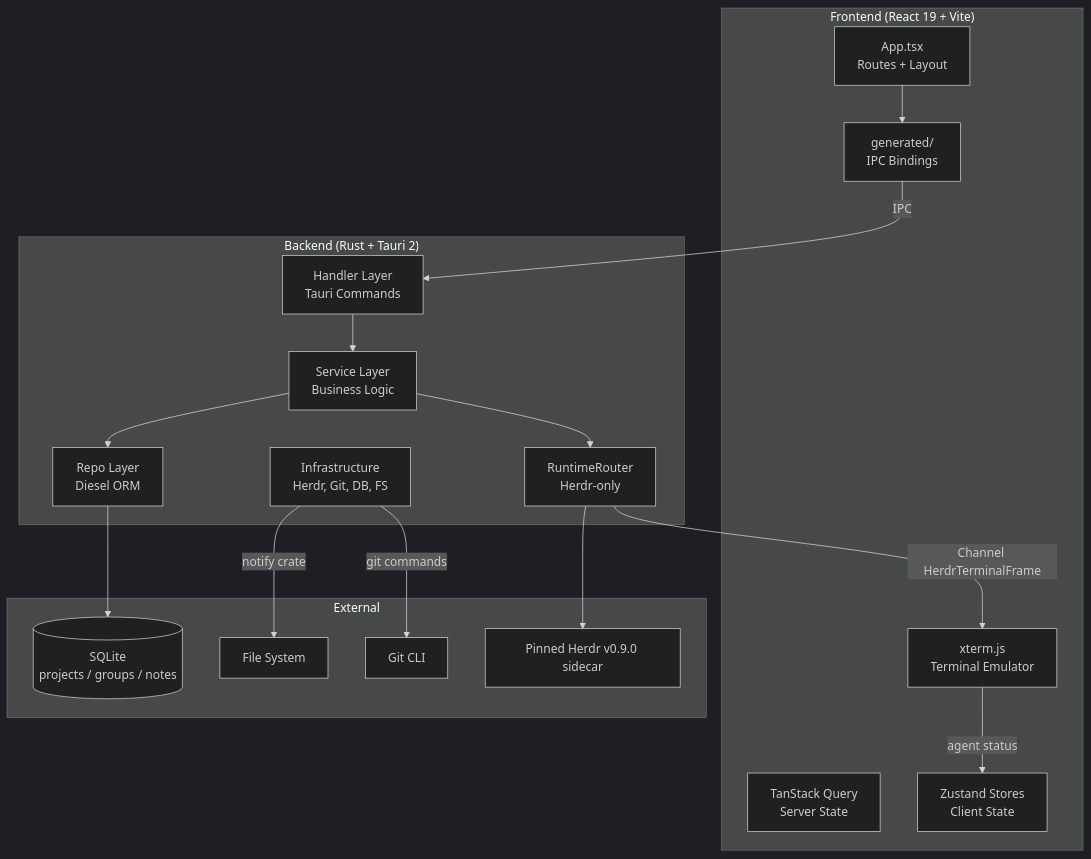
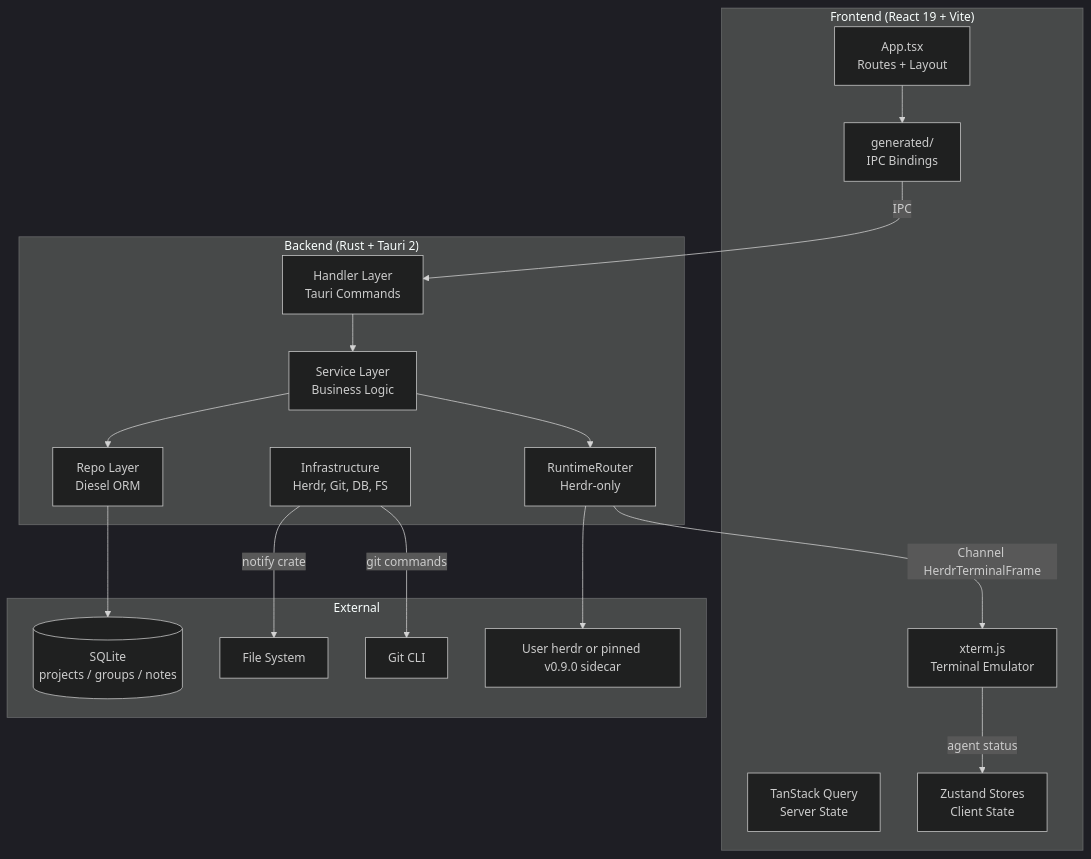
Before and after one commit to AkaraChen/2code: the diagram in docs/architecture.md, drawn with Mermaid (dark theme). The commit also changed other lines of this file and 2 other files, not shown here.

Commit message:
docs: describe PATH herdr and protocol-floor compatibility
Current-state docs no longer say GUI startup only accepts the exact
pinned sidecar server. The v0.9.0 pin stays as the no-install fallback.

````diff
--- a/docs/architecture.md
+++ b/docs/architecture.md
@@ -7,37 +7,37 @@
 ```mermaid
 graph TD
     subgraph Frontend ["Frontend (React 19 + Vite)"]
         App[App.tsx<br/>Routes + Layout]
         TQ[TanStack Query<br/>Server State]
         ZS[Zustand Stores<br/>Client State]
         XT[xterm.js<br/>Terminal Emulator]
         Gen[generated/<br/>IPC Bindings]
     end
 
     subgraph Backend ["Backend (Rust + Tauri 2)"]
         H[Handler Layer<br/>Tauri Commands]
         S[Service Layer<br/>Business Logic]
         R[Repo Layer<br/>Diesel ORM]
         I[Infrastructure<br/>Herdr, Git, DB, FS]
         RR[RuntimeRouter<br/>Herdr-only]
     end
 
     subgraph External ["External"]
         DB[(SQLite<br/>projects / groups / notes)]
         FS[File System]
         Git[Git CLI]
-        Herdr[Pinned Herdr v0.9.0 sidecar]
+        Herdr[User herdr or pinned v0.9.0 sidecar]
     end
 
     App --> Gen
     Gen -->|IPC| H
     H --> S
     S --> R
     S --> RR
     RR --> Herdr
     R --> DB
     I -->|git commands| Git
     I -->|notify crate| FS
     RR -->|Channel HerdrTerminalFrame| XT
     XT -->|agent status| ZS
 ```
````
